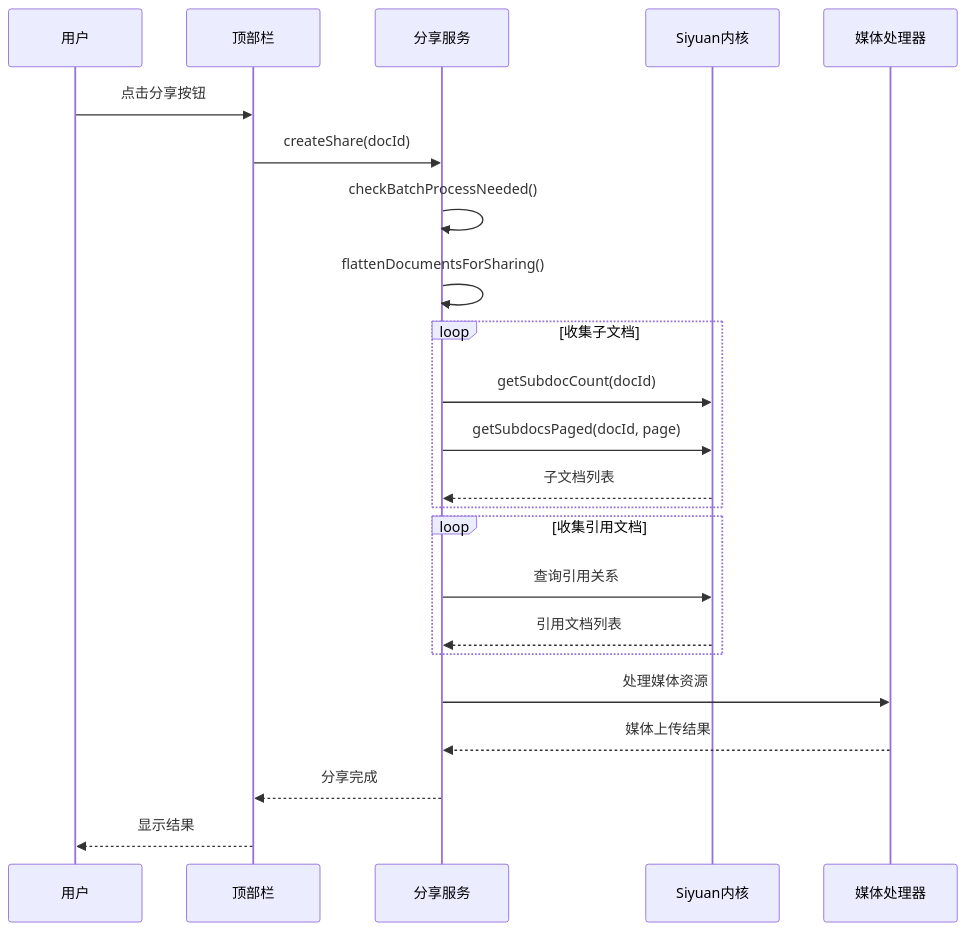
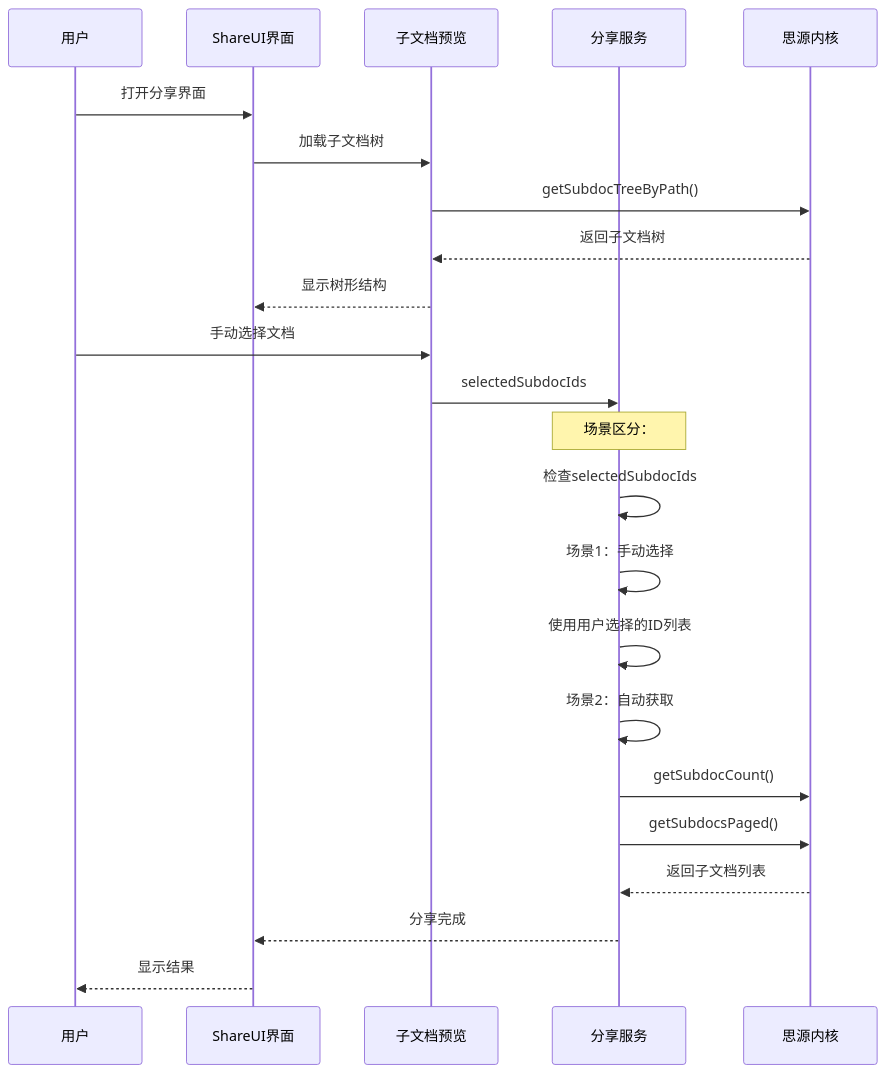
Before and after one commit to terwerinc/siyuan-plugin-share-pro: the third of 8 diagrams in .qoder/repowiki/zh/content/子文档分享规范.md, drawn with Mermaid. The commit also changed other lines of this file and 8 other files, not shown here.

````diff
--- a/.qoder/repowiki/zh/content/子文档分享规范.md
+++ b/.qoder/repowiki/zh/content/子文档分享规范.md
@@ -180,25 +241,25 @@
 ```mermaid
 sequenceDiagram
 participant User as 用户
-participant Topbar as 顶部栏
+participant ShareUI as ShareUI界面
+participant SubdocPreview as 子文档预览
 participant ShareService as 分享服务
-participant KernelAPI as Siyuan内核
-participant MediaHandler as 媒体处理器
-User->>Topbar : 点击分享按钮
-Topbar->>ShareService : createShare(docId)
-ShareService->>ShareService : checkBatchProcessNeeded()
-ShareService->>ShareService : flattenDocumentsForSharing()
-loop 收集子文档
-ShareService->>KernelAPI : getSubdocCount(docId)
-ShareService->>KernelAPI : getSubdocsPaged(docId, page)
-KernelAPI-->>ShareService : 子文档列表
-end
-loop 收集引用文档
-ShareService->>KernelAPI : 查询引用关系
-KernelAPI-->>ShareService : 引用文档列表
-end
-ShareService->>MediaHandler : 处理媒体资源
-MediaHandler-->>ShareService : 媒体上传结果
-ShareService-->>Topbar : 分享完成
-Topbar-->>User : 显示结果
+participant KernelAPI as 思源内核
+User->>ShareUI : 打开分享界面
+ShareUI->>SubdocPreview : 加载子文档树
+SubdocPreview->>KernelAPI : getSubdocTreeByPath()
+KernelAPI-->>SubdocPreview : 返回子文档树
+SubdocPreview-->>ShareUI : 显示树形结构
+User->>SubdocPreview : 手动选择文档
+SubdocPreview->>ShareService : selectedSubdocIds
+Note over ShareService : 场景区分：
+ShareService->>ShareService : 检查selectedSubdocIds
+ShareService->>ShareService : 场景1：手动选择
+ShareService->>ShareService : 使用用户选择的ID列表
+ShareService->>ShareService : 场景2：自动获取
+ShareService->>KernelAPI : getSubdocCount()
+ShareService->>KernelAPI : getSubdocsPaged()
+KernelAPI-->>ShareService : 返回子文档列表
+ShareService-->>ShareUI : 分享完成
+ShareUI-->>User : 显示结果
 ```
````
